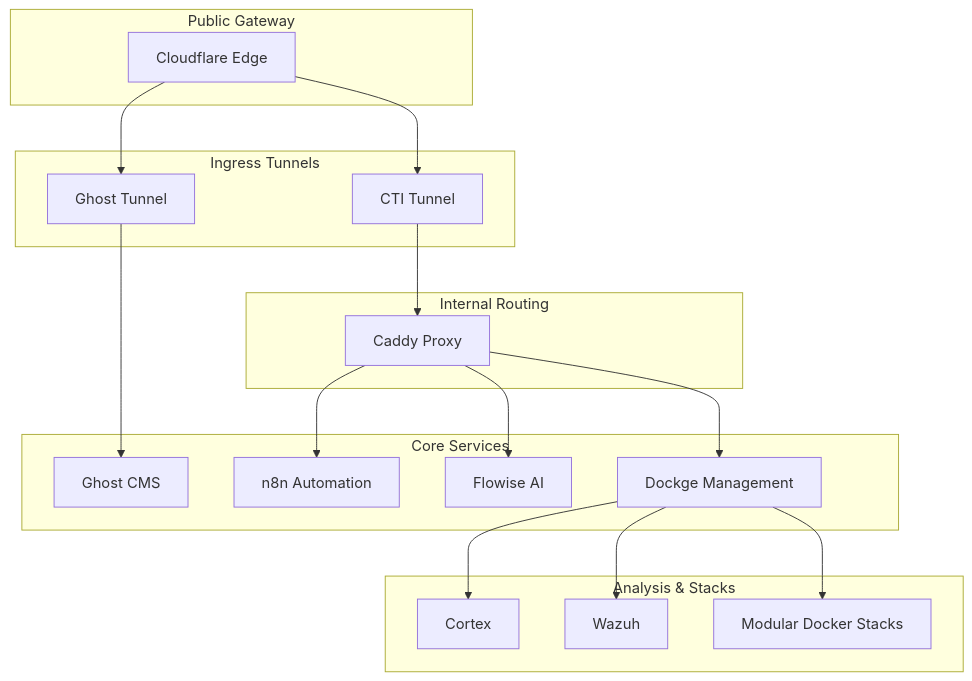
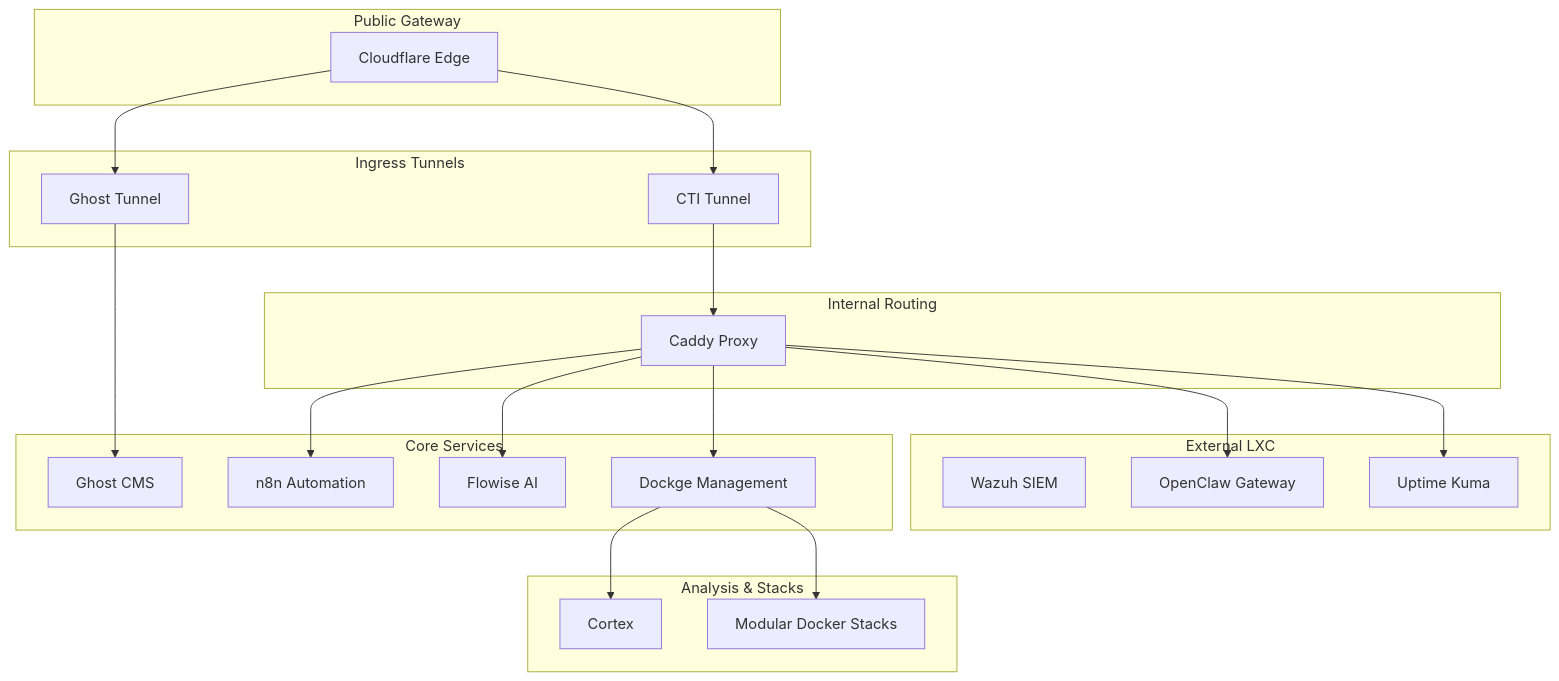
One commit to JazenaYLA/threatlabs-cti-stack changed the diagram in README.md. Above: the diagram before and after it, drawn with Mermaid. The commit also changed other lines of this file and 7 other files, not shown here.

Commit message:
docs: merge TROUBLESHOOTING.md, update arch diagrams, and add missing proxy env template

````diff
--- a/README.md
+++ b/README.md
@@ -9,38 +9,43 @@
 ```mermaid
     graph TD
 
     subgraph "Public Gateway"
         CF[Cloudflare Edge]
     end
 
     subgraph "Ingress Tunnels"
         GT[Ghost Tunnel]
         CT[CTI Tunnel]
     end
 
     subgraph "Internal Routing"
         Caddy[Caddy Proxy]
     end
 
     subgraph "Core Services"
         Ghost[Ghost CMS]
         n8n[n8n Automation]
         Flowise[Flowise AI]
         Dockge[Dockge Management]
     end
 
     subgraph "Analysis & Stacks"
         Cortex[Cortex]
-        Wazuh[Wazuh]
         Stacks[Modular Docker Stacks]
+    end
+
+    subgraph "External LXC"
+        Wazuh[Wazuh SIEM]
+        OpenClaw[OpenClaw Gateway]
+        Kuma[Uptime Kuma]
     end
 
     %% Routing
     CF --> GT & CT
     GT --> Ghost
     CT --> Caddy
     
-    Caddy --> n8n & Flowise & Dockge
+    Caddy --> n8n & Flowise & Dockge & OpenClaw & Kuma
     
-    Dockge --> Cortex & Wazuh & Stacks
+    Dockge --> Cortex & Stacks
 ```
````
